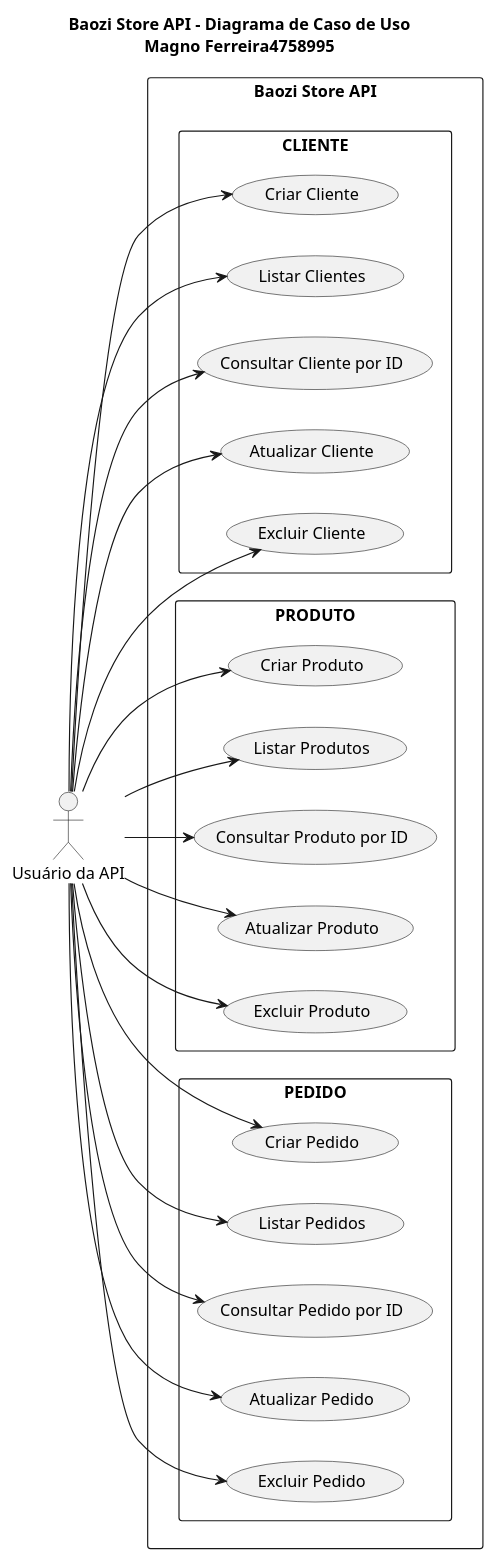
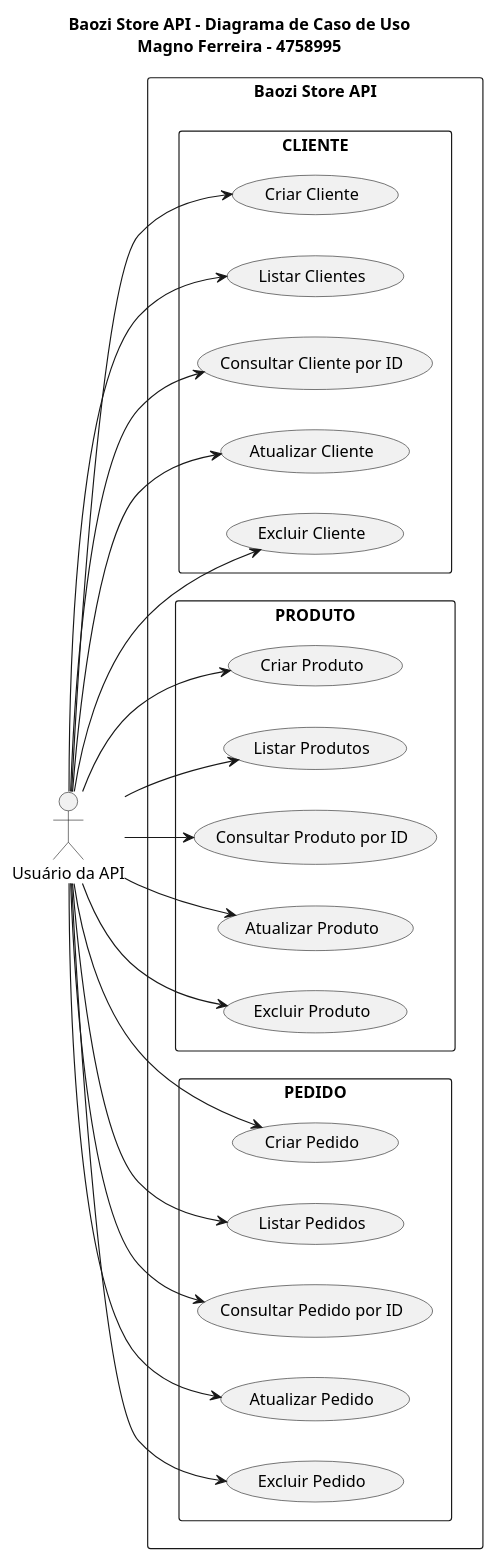
Before and after one commit to MagnoDevbraul/baozi-store-api: the diagram in docs/uml/caso-de-uso.puml, drawn with PlantUML. The commit also changed 20 other files, not shown here.

Commit message:
feat: implementa api baozi store, diagramas uml e documentacao completa

```diff
--- a/docs/uml/caso-de-uso.puml
+++ b/docs/uml/caso-de-uso.puml
@@ -1,58 +1,84 @@
 @startuml
 
-title Baozi Store API - Diagrama de Caso de Uso\nMagno Ferreira4758995
+'~~~~~~~~~~~~~~~~~~~~~~~~~~~~~~~~~~~~~~~~~~~~~~~~~~~~~~~~~~~~~~~~~~~~~~~~~~~~~~~~~~
+' ATIVIDADE PRÁTICA DE DESENVOLVIMENTO WEB BACK-END - UNINTER
+' Sistema: Baozi Store API
+' Autor: Magno Walério Alves Ferreira
+' RU: 4758995
+' Descrição: Diagrama de Casos de Uso detalhando as interações do ator do sistema
+'            com os endpoints dos recursos (Cliente, Produto e Pedido).
+'~~~~~~~~~~~~~~~~~~~~~~~~~~~~~~~~~~~~~~~~~~~~~~~~~~~~~~~~~~~~~~~~~~~~~~~~~~~~~~~~~~
 
+' Definição do título no diagrama
+title Baozi Store API - Diagrama de Caso de Uso\nMagno Ferreira - 4758995
+
+' Orientação do layout do diagrama (da esquerda p/ direita)
 left to right direction
 
+' Ator principal interagindo com as rotas REST da aplicação
 actor "Usuário da API" as Usuario
 
+' Limite do sistema
 rectangle "Baozi Store API" {
 
+    ' ~~~~~~~~~~~~~~~~~~~~~~~~~~~~~~~~~~~~~~~~~~~~~~~~
+    ' Módulo - Cliente
+    ' ~~~~~~~~~~~~~~~~~~~~~~~~~~~~~~~~~~~~~~~~~~~~~~~~
     rectangle "CLIENTE" as Cliente {
         usecase "Criar Cliente" as C1
         usecase "Listar Clientes" as C2
         usecase "Consultar Cliente por ID" as C3
         usecase "Atualizar Cliente" as C4
         usecase "Excluir Cliente" as C5
     }
 
+    ' ~~~~~~~~~~~~~~~~~~~~~~~~~~~~~~~~~~~~~~~~~~~~~~~~
+    ' Módulo - Produtos
+    ' ~~~~~~~~~~~~~~~~~~~~~~~~~~~~~~~~~~~~~~~~~~~~~~~~
     rectangle "PRODUTO" as Produto {
         usecase "Criar Produto" as P1
         usecase "Listar Produtos" as P2
         usecase "Consultar Produto por ID" as P3
         usecase "Atualizar Produto" as P4
         usecase "Excluir Produto" as P5
     }
 
+    ' ~~~~~~~~~~~~~~~~~~~~~~~~~~~~~~~~~~~~~~~~~~~~~~~~
+    ' Módulo - Pedidos
+    ' ~~~~~~~~~~~~~~~~~~~~~~~~~~~~~~~~~~~~~~~~~~~~~~~~
     rectangle "PEDIDO" as Pedido {
         usecase "Criar Pedido" as PD1
         usecase "Listar Pedidos" as PD2
         usecase "Consultar Pedido por ID" as PD3
         usecase "Atualizar Pedido" as PD4
         usecase "Excluir Pedido" as PD5
     }
 }
 
-' ==========================
-' RELACIONAMENTOS
-' ==========================
 
+' ~~~~~~~~~~~~~~~~~~~~~~~~~~~~~~~~~~~~~~~~~~~~~~~~
+' Relacionamentos/Associações
+' ~~~~~~~~~~~~~~~~~~~~~~~~~~~~~~~~~~~~~~~~~~~~~~~~
+
+' Integrações dos endpoints de Clientes
 Usuario --> C1
 Usuario --> C2
 Usuario --> C3
 Usuario --> C4
 Usuario --> C5
 
+' Integrações dos endpoints de Produtos
 Usuario --> P1
 Usuario --> P2
 Usuario --> P3
 Usuario --> P4
 Usuario --> P5
 
+' Integrações dos endpoints de Pedidos
 Usuario --> PD1
 Usuario --> PD2
 Usuario --> PD3
 Usuario --> PD4
 Usuario --> PD5
 
 @enduml
```
